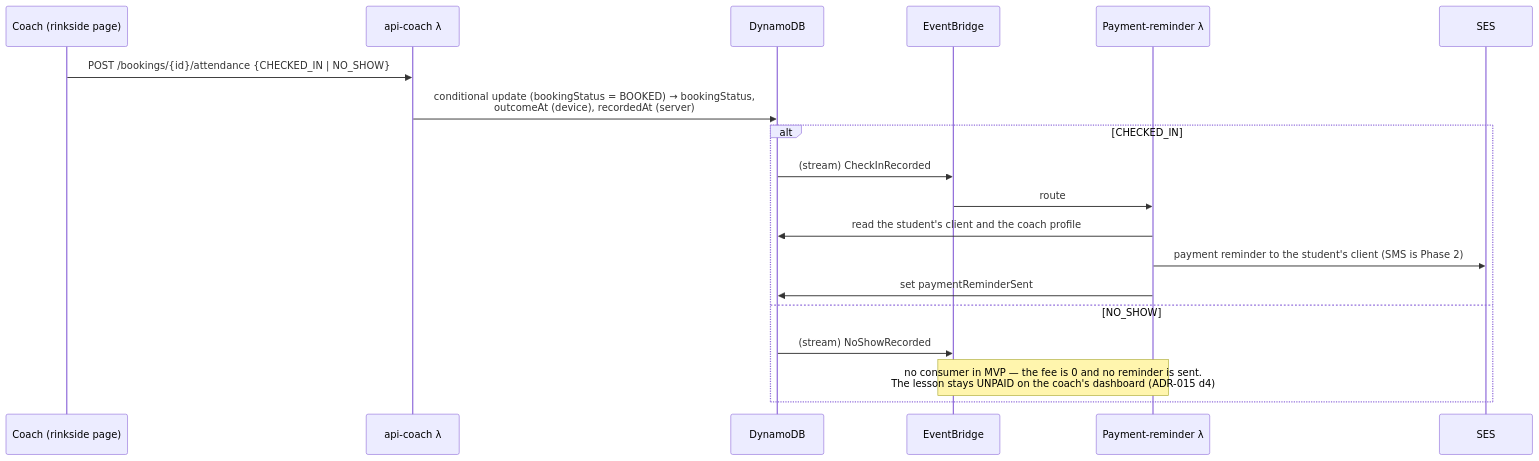
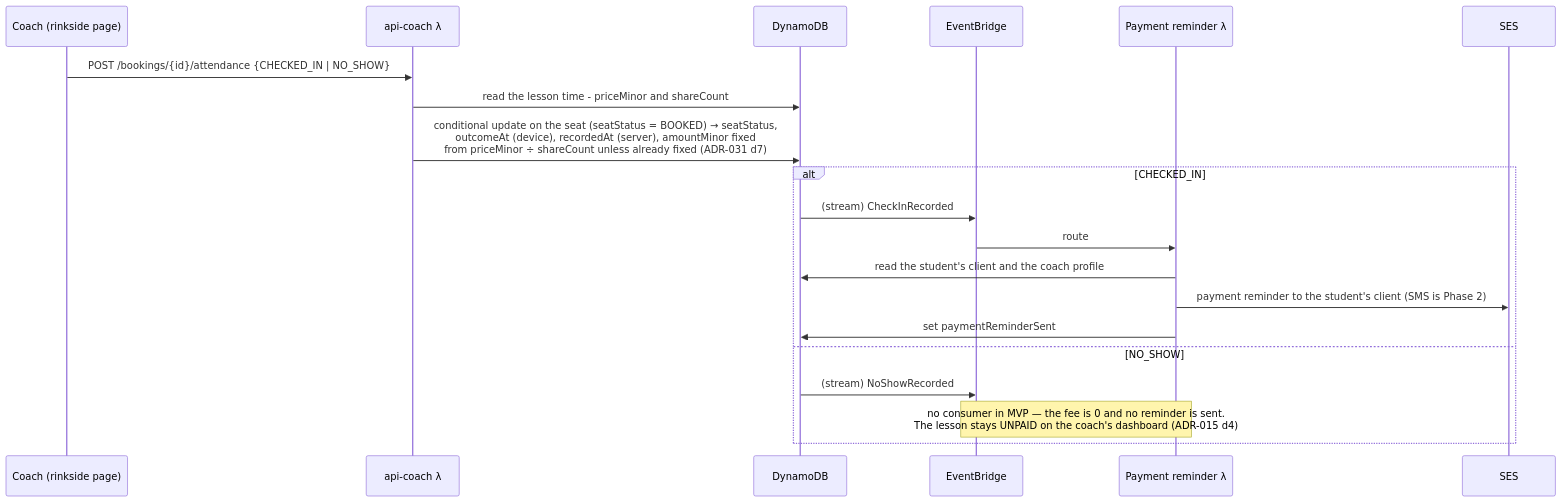
One commit to jessicamvega6/bladebook changed the seventh of 23 diagrams in docs/architecture.md. Above: the diagram before and after it, drawn with Mermaid. The commit also changed other lines of this file and 26 other files, not shown here.

First line of the commit message:
Design doc updates: diagrams synced, shared-lesson and leave rules

````diff
--- a/docs/architecture.md
+++ b/docs/architecture.md
@@ -655,21 +842,22 @@
 ```mermaid
 sequenceDiagram
     participant C as Coach (rinkside page)
     participant API as api-coach λ
     participant DB as DynamoDB
     participant Bus as EventBridge
-    participant Pay as Payment-reminder λ
+    participant Pay as Payment reminder λ
     participant SES as SES
     C->>API: POST /bookings/{id}/attendance {CHECKED_IN | NO_SHOW}
-    API->>DB: conditional update (bookingStatus = BOOKED) → bookingStatus,<br/>outcomeAt (device), recordedAt (server)
+    API->>DB: read the lesson time - priceMinor and shareCount
+    API->>DB: conditional update on the seat (seatStatus = BOOKED) → seatStatus,<br/>outcomeAt (device), recordedAt (server), amountMinor fixed<br/>from priceMinor ÷ shareCount unless already fixed (ADR-031 d7)
     alt CHECKED_IN
         DB->>Bus: (stream) CheckInRecorded
         Bus->>Pay: route
         Pay->>DB: read the student's client and the coach profile
         Pay->>SES: payment reminder to the student's client (SMS is Phase 2)
         Pay->>DB: set paymentReminderSent
     else NO_SHOW
         DB->>Bus: (stream) NoShowRecorded
         Note over Bus,Pay: no consumer in MVP — the fee is 0 and no reminder is sent.<br/>The lesson stays UNPAID on the coach's dashboard (ADR-015 d4)
     end
 ```
````
